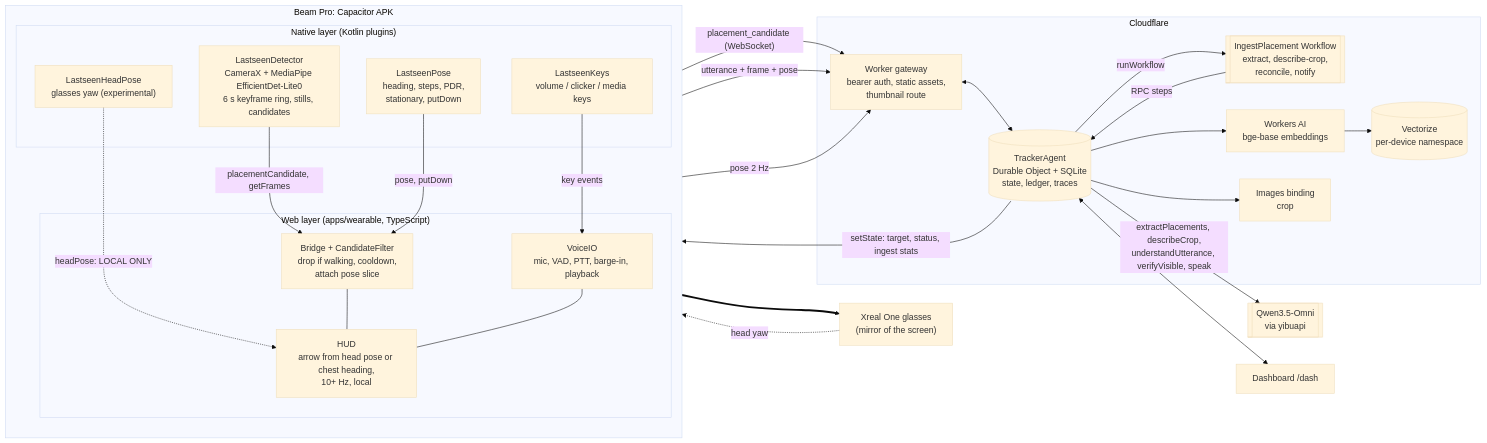
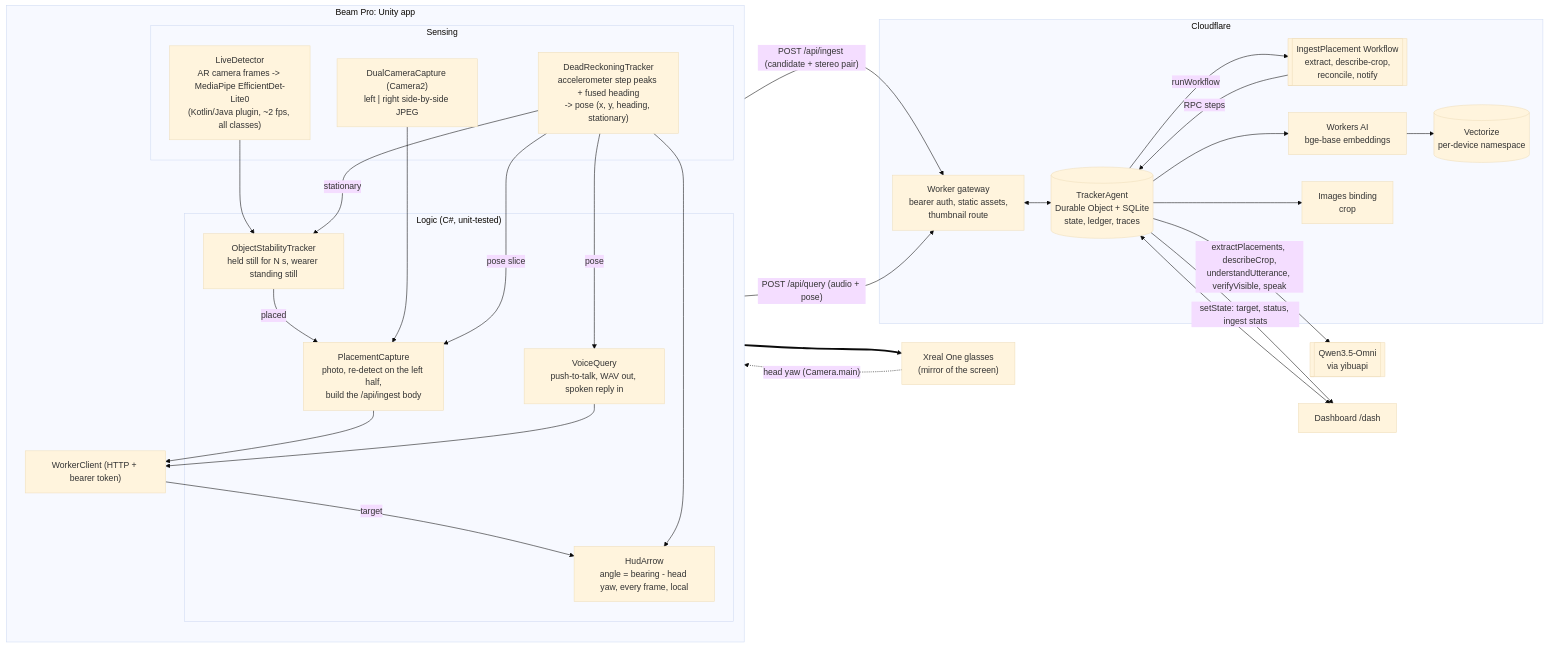
The diagram in lastseen/docs/ARCHITECTURE.md (Amit-Weis/htn2026), drawn with Mermaid (base theme) before and after one commit. The commit also changed other lines of this file and 5 other files, not shown here.

Commit message:
Docs: Unity client, architecture, decisions 59-73; superseded notes

````diff
--- a/lastseen/docs/ARCHITECTURE.md
+++ b/lastseen/docs/ARCHITECTURE.md
@@ -8,49 +8,53 @@
 ```mermaid
 flowchart LR
-  subgraph APK["Beam Pro: Capacitor APK"]
+  subgraph APK["Beam Pro: Unity app"]
     direction TB
-    subgraph NATIVE["Native layer (Kotlin plugins)"]
-      DET["LastseenDetector<br/>CameraX + MediaPipe EfficientDet-Lite0<br/>6 s keyframe ring, stills, candidates"]
-      POSE["LastseenPose<br/>heading, steps, PDR,<br/>stationary, putDown"]
-      HEAD["LastseenHeadPose<br/>glasses yaw (experimental)"]
-      KEYS["LastseenKeys<br/>volume / clicker / media keys"]
+    subgraph SENS["Sensing"]
+      LIVE["LiveDetector<br/>AR camera frames -> MediaPipe EfficientDet-Lite0<br/>(Kotlin/Java plugin, ~2 fps, all classes)"]
+      DR["DeadReckoningTracker<br/>accelerometer step peaks + fused heading<br/>-> pose (x, y, heading, stationary)"]
+      DUAL["DualCameraCapture (Camera2)<br/>left | right side-by-side JPEG"]
     end
-    subgraph WEB["Web layer (apps/wearable, TypeScript)"]
-      BRIDGE["Bridge + CandidateFilter<br/>drop if walking, cooldown,<br/>attach pose slice"]
-      VOICE["VoiceIO<br/>mic, VAD, PTT, barge-in, playback"]
-      HUD["HUD<br/>arrow from head pose or chest heading,<br/>10+ Hz, local"]
+    subgraph LOGIC["Logic (C#, unit-tested)"]
+      STAB["ObjectStabilityTracker<br/>held still for N s, wearer standing still"]
+      CAP["PlacementCapture<br/>photo, re-detect on the left half,<br/>build the /api/ingest body"]
+      VOICE["VoiceQuery<br/>push-to-talk, WAV out, spoken reply in"]
+      HUD["HudArrow<br/>angle = bearing - head yaw, every frame, local"]
     end
-    DET -- placementCandidate, getFrames --> BRIDGE
-    POSE -- pose, putDown --> BRIDGE
-    HEAD -. headPose: LOCAL ONLY .-> HUD
-    KEYS -- key events --> VOICE
-    BRIDGE --- HUD
-    VOICE --- HUD
+    CLIENT["WorkerClient (HTTP + bearer token)"]
+    LIVE --> STAB
+    DR -- stationary --> STAB
+    STAB -- placed --> CAP
+    DUAL --> CAP
+    DR -- pose slice --> CAP
+    CAP --> CLIENT
+    VOICE --> CLIENT
+    DR -- pose --> VOICE
+    CLIENT -- target --> HUD
+    DR --> HUD
   end
   GLASSES["Xreal One glasses<br/>(mirror of the screen)"]
   HUD ==> GLASSES
-  GLASSES -. head yaw .-> HEAD
+  GLASSES -. "head yaw (Camera.main)" .-> HUD
 
   subgraph CF["Cloudflare"]
     GW["Worker gateway<br/>bearer auth, static assets,<br/>thumbnail route"]
     AG[("TrackerAgent<br/>Durable Object + SQLite<br/>state, ledger, traces")]
     WF[["IngestPlacement Workflow<br/>extract, describe-crop,<br/>reconcile, notify"]]
     VEC[("Vectorize<br/>per-device namespace")]
     WAI["Workers AI<br/>bge-base embeddings"]
     IMG["Images binding<br/>crop"]
   end
   OMNI[["Qwen3.5-Omni<br/>via yibuapi"]]
   DASH["Dashboard /dash"]
 
-  BRIDGE -- "placement_candidate (WebSocket)" --> GW
-  VOICE -- "utterance + frame + pose" --> GW
-  BRIDGE -- "pose 2 Hz" --> GW
+  CLIENT -- "POST /api/ingest (candidate + stereo pair)" --> GW
+  CLIENT -- "POST /api/query (audio + pose)" --> GW
   GW <--> AG
   AG -- runWorkflow --> WF
   WF -- RPC steps --> AG
   AG -- "extractPlacements, describeCrop,<br/>understandUtterance, verifyVisible, speak" --> OMNI
   AG --> WAI --> VEC
   AG --> IMG
-  AG -- "setState: target, status, ingest stats" --> HUD
+  AG -- "setState: target, status, ingest stats" --> DASH
   AG <--> DASH
 ```
````
